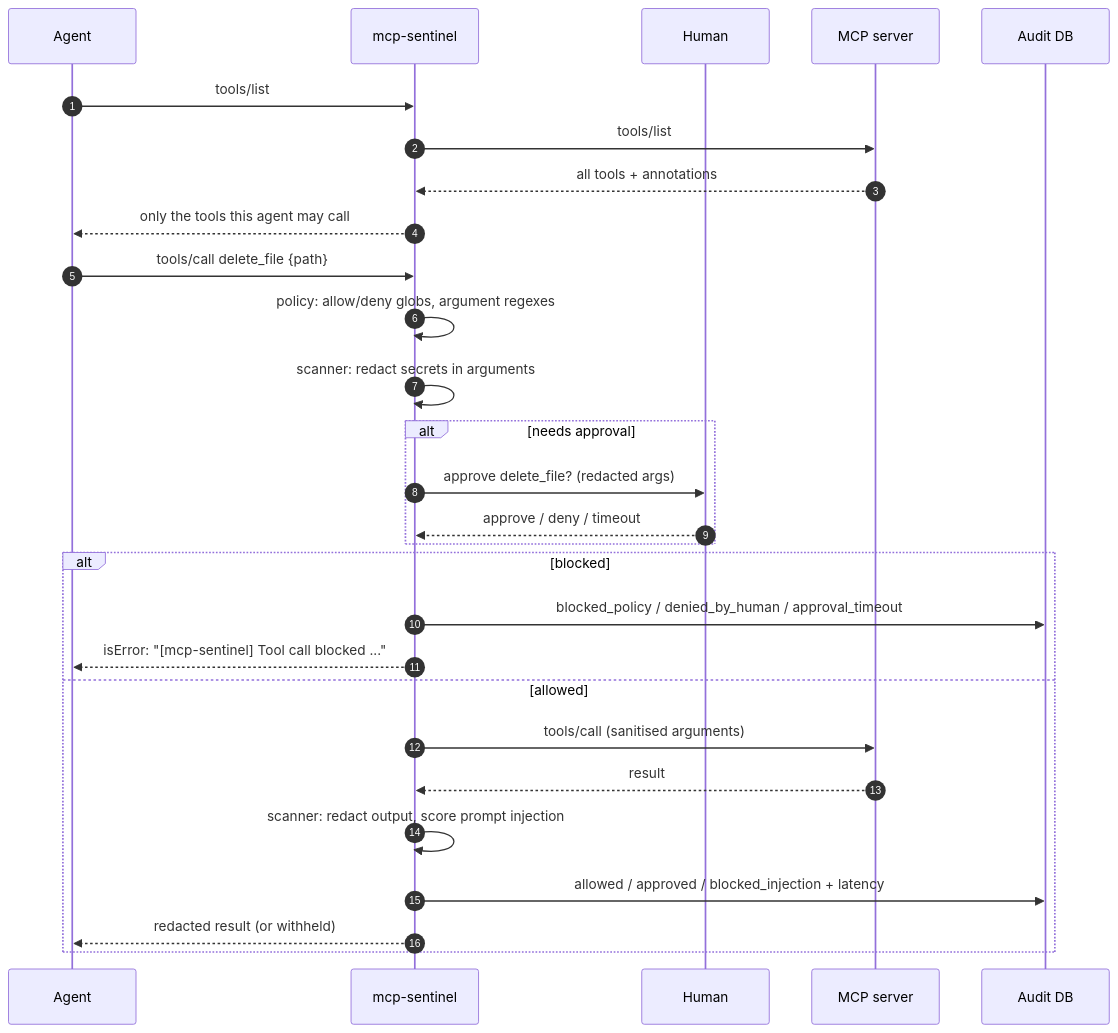
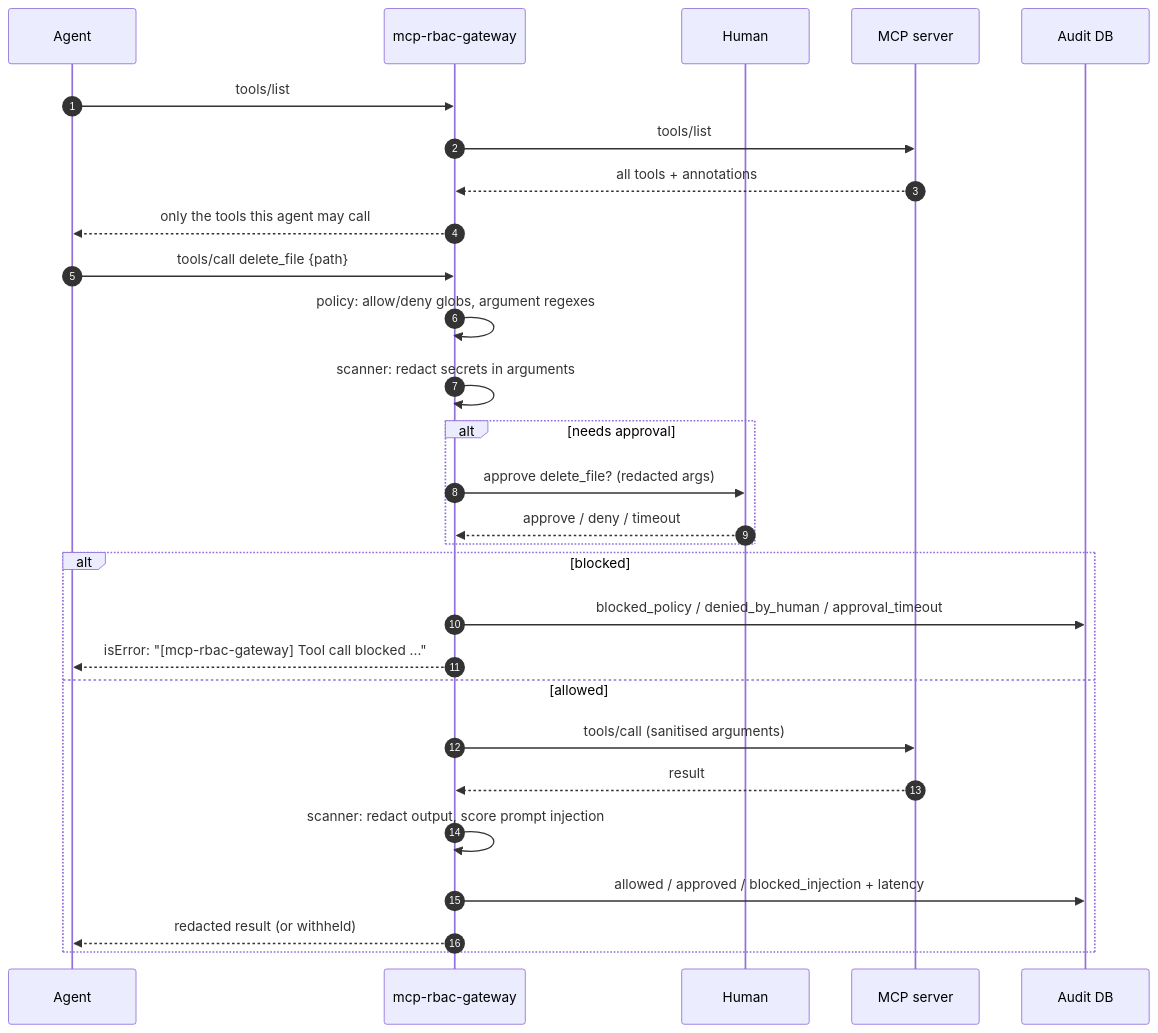
The second of 3 diagrams in README.md (pavankalyan-Maturi/mcp-rbac-gateway), drawn with Mermaid before and after one commit. The commit also changed other lines of this file and 31 other files, not shown here.

First line of the commit message:
Rename import to mcp_rbac_gateway and CLI to mcp-rbac-gateway

````diff
--- a/README.md
+++ b/README.md
@@ -221,32 +207,32 @@
 ```mermaid
 sequenceDiagram
     autonumber
     participant Agent
-    participant Proxy as mcp-sentinel
+    participant Proxy as mcp-rbac-gateway
     participant Human
     participant Server as MCP server
     participant DB as Audit DB
 
     Agent->>Proxy: tools/list
     Proxy->>Server: tools/list
     Server-->>Proxy: all tools + annotations
     Proxy-->>Agent: only the tools this agent may call
 
     Agent->>Proxy: tools/call delete_file {path}
     Proxy->>Proxy: policy: allow/deny globs, argument regexes
     Proxy->>Proxy: scanner: redact secrets in arguments
     alt needs approval
         Proxy->>Human: approve delete_file? (redacted args)
         Human-->>Proxy: approve / deny / timeout
     end
     alt blocked
         Proxy->>DB: blocked_policy / denied_by_human / approval_timeout
-        Proxy-->>Agent: isError: "[mcp-sentinel] Tool call blocked ..."
+        Proxy-->>Agent: isError: "[mcp-rbac-gateway] Tool call blocked ..."
     else allowed
         Proxy->>Server: tools/call (sanitised arguments)
         Server-->>Proxy: result
         Proxy->>Proxy: scanner: redact output, score prompt injection
         Proxy->>DB: allowed / approved / blocked_injection + latency
         Proxy-->>Agent: redacted result (or withheld)
     end
 ```
````
